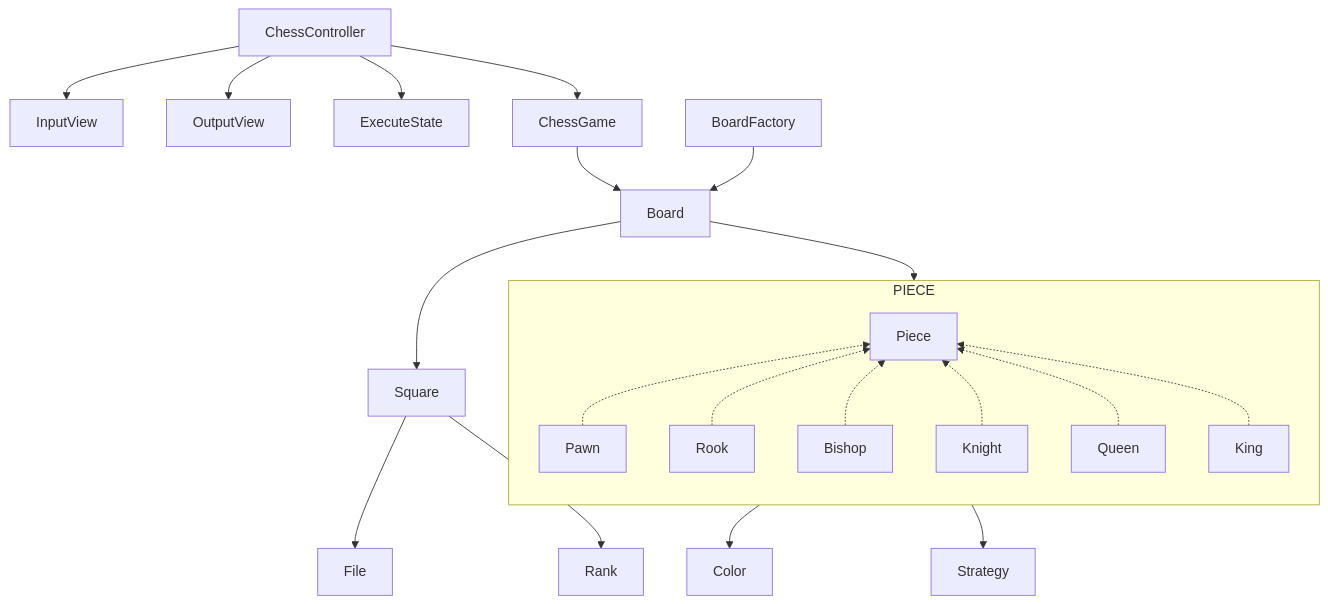
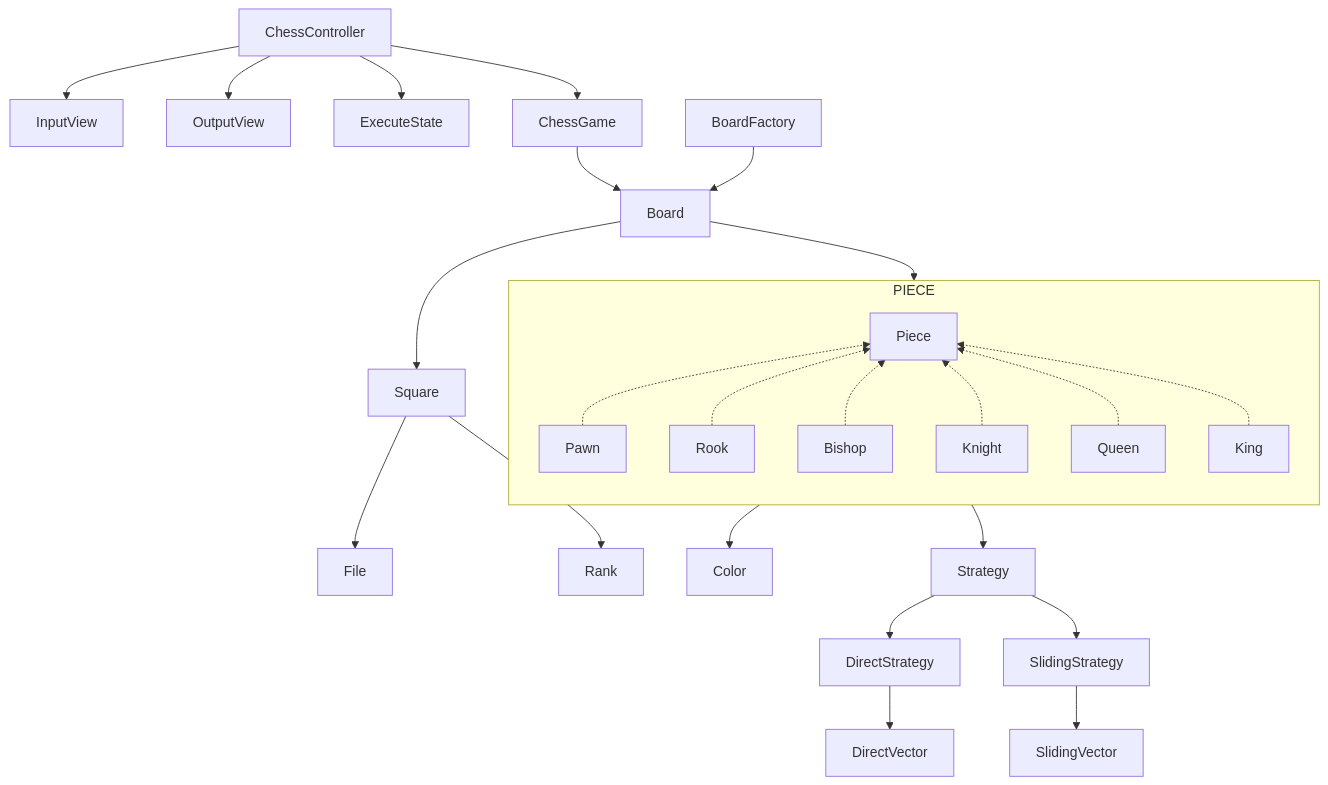
The diagram in src/docs/README.md (woowacourse/java-chess), drawn with Mermaid before and after one commit. The commit also changed other lines of this file and 13 other files, not shown here.

````diff
--- a/src/docs/README.md
+++ b/src/docs/README.md
@@ -3,30 +3,36 @@
 ```mermaid
 graph TD
-  ChessController --> InputView
-  ChessController --> OutputView
-  ChessController --> ExecuteState
+    ChessController --> InputView
+    ChessController --> OutputView
+    ChessController --> ExecuteState
 
-  ChessController --> ChessGame
-  ChessGame --> Board
+    ChessController --> ChessGame
+    ChessGame --> Board
 
-  Square --> File
-  Square --> Rank
+    Square --> File
+    Square --> Rank
 
-  BoardFactory --> Board
+    BoardFactory --> Board
 
-  Board --> Square
-  Board --> PIECE
+    Board --> Square
+    Board --> PIECE
 
-  PIECE --> Color
-  PIECE --> Strategy
+    PIECE --> Color
+    PIECE --> Strategy
 
-  subgraph PIECE
-    direction BT
-    Pawn -.-> Piece
-    Rook -.-> Piece
-    Bishop -.-> Piece
-    Knight -.-> Piece
-    Queen -.-> Piece
-    King -.-> Piece
-  end
+    Strategy --> DirectStrategy
+    Strategy --> SlidingStrategy
+
+    DirectStrategy --> DirectVector
+    SlidingStrategy --> SlidingVector
+
+    subgraph PIECE
+        direction BT
+        Pawn -.-> Piece
+        Rook -.-> Piece
+        Bishop -.-> Piece
+        Knight -.-> Piece
+        Queen -.-> Piece
+        King -.-> Piece
+    end
 ```
````
